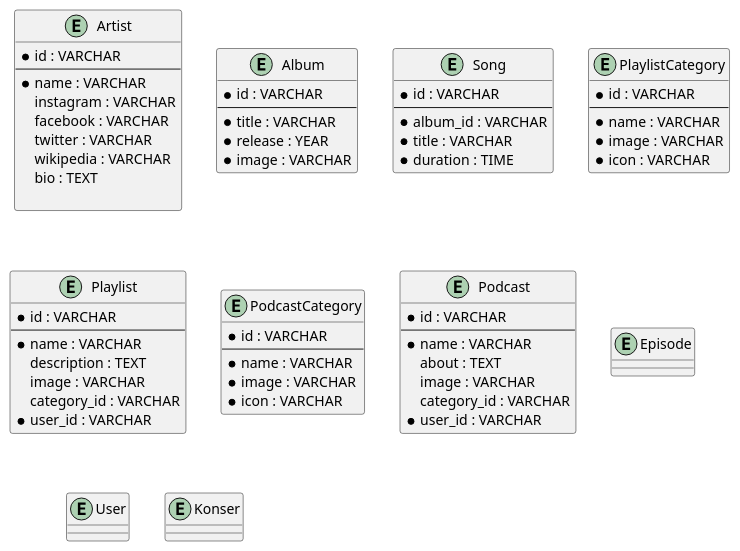
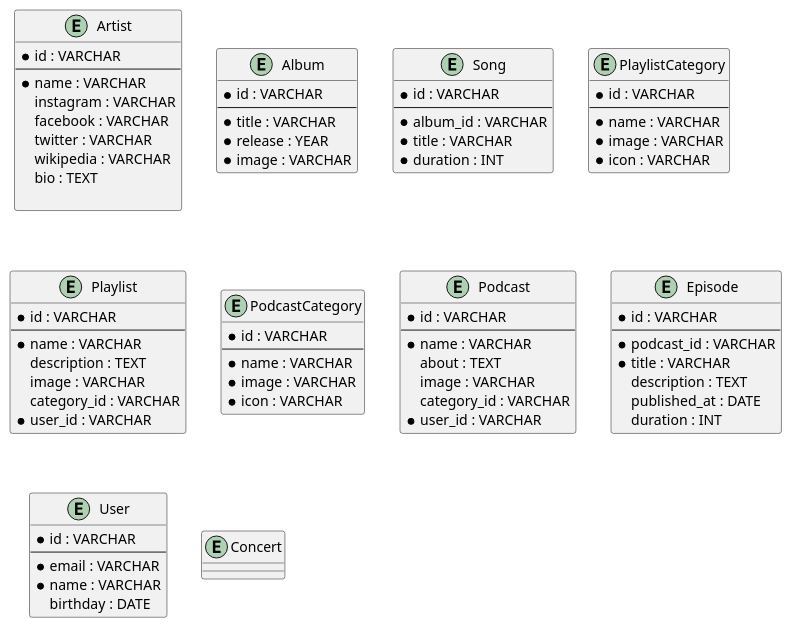
One commit to bayubagusbagaswara/design-database-spotify-clone changed the diagram in src/entity.puml. Above: the diagram before and after it, drawn with PlantUML.

Commit message:
menentukan attribute untuk Episode dan User

```diff
--- a/src/entity.puml
+++ b/src/entity.puml
@@ -1,65 +1,78 @@
 @startuml
 entity Artist {
     * id : VARCHAR
     --
     * name : VARCHAR
     instagram : VARCHAR
     facebook : VARCHAR
     twitter : VARCHAR
     wikipedia : VARCHAR
     bio : TEXT
 
 }
 entity Album {
     * id : VARCHAR
     --
     * title : VARCHAR
     * release : YEAR
     * image : VARCHAR
 }
 entity Song {
     * id : VARCHAR
     --
     * album_id : VARCHAR
     * title : VARCHAR
-    * duration : TIME
+    * duration : INT
 }
 entity PlaylistCategory {
     * id : VARCHAR
     --
     * name : VARCHAR
     * image : VARCHAR
     * icon : VARCHAR
 }
 entity Playlist{
     * id : VARCHAR
     --
     * name : VARCHAR
     description : TEXT
     image : VARCHAR
     category_id : VARCHAR
     * user_id : VARCHAR
 }
 entity PodcastCategory {
     * id : VARCHAR
     --
     * name : VARCHAR
     * image : VARCHAR
     * icon : VARCHAR
 }
 entity Podcast {
     * id : VARCHAR
     --
     * name : VARCHAR
     about : TEXT
     image : VARCHAR
     category_id : VARCHAR
     * user_id : VARCHAR
 }
 entity Episode {
+    * id : VARCHAR
+    --
+    * podcast_id : VARCHAR
+    * title : VARCHAR
+    description : TEXT
+    published_at : DATE
+    duration : INT
 }
 entity User{
+    * id : VARCHAR
+    --
+    * email : VARCHAR
+    * name : VARCHAR
+    birthday : DATE
 }
-entity Konser{
+entity Concert{
+
 }
 @enduml
```
